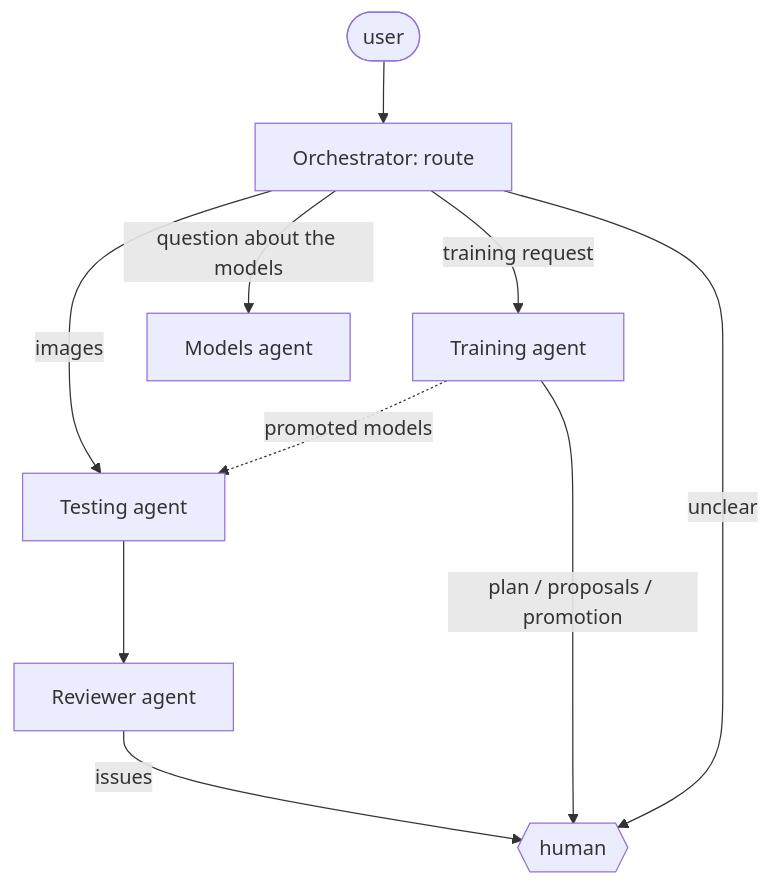
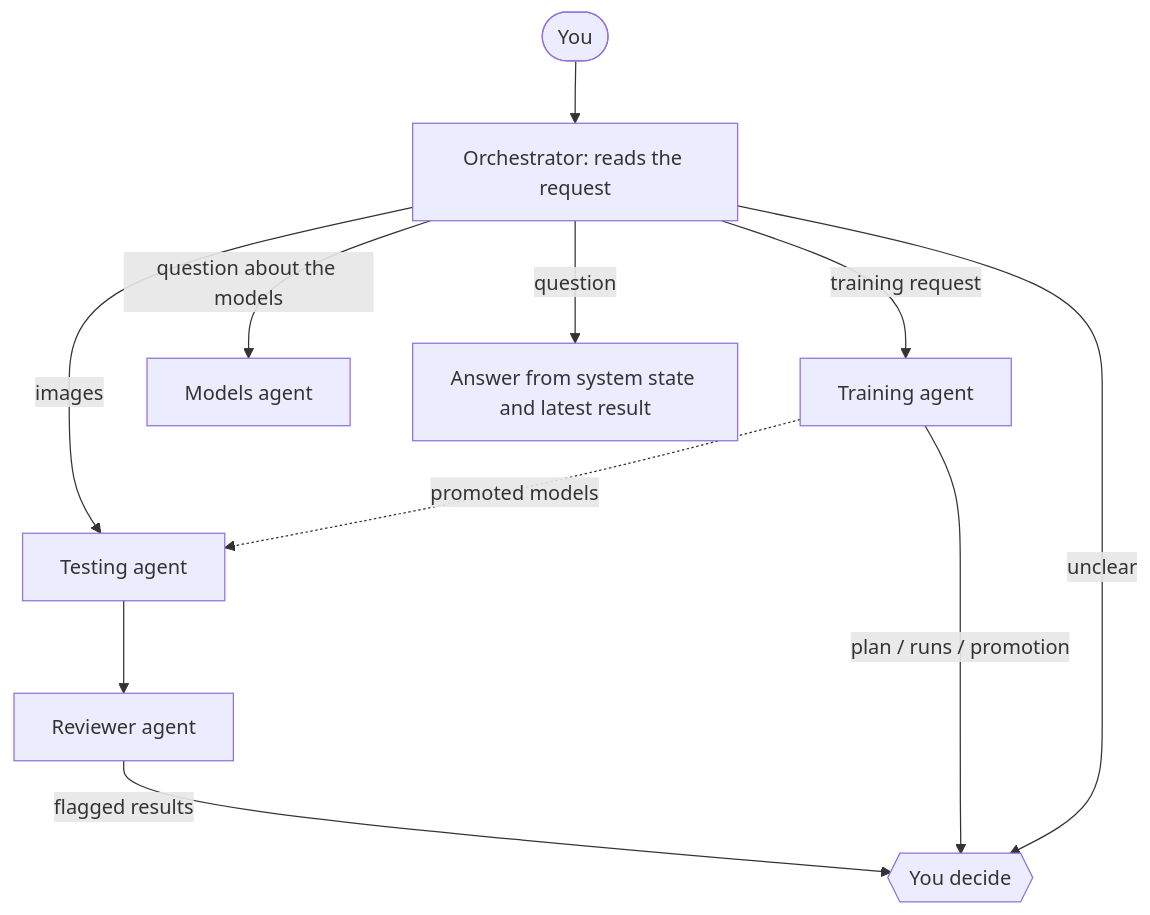
One commit to EmanueleDamiano/DermaMNIST-agentic_project changed the first of 2 diagrams in README.md. Above: the diagram before and after it, drawn with Mermaid. The commit also changed other lines of this file and 363 other files, not shown here.

````diff
--- a/README.md
+++ b/README.md
@@ -18,11 +57,12 @@
 ```mermaid
 graph TD
-  U([user]) --> O[Orchestrator: route]
+  U([You]) --> O[Orchestrator: reads the request]
   O -- images --> T[Testing agent] --> R[Reviewer agent]
-  R -- issues --> H{{human}}
+  R -- flagged results --> H{{You decide}}
   O -- training request --> TR[Training agent]
-  TR -- plan / proposals / promotion --> H
+  TR -- plan / runs / promotion --> H
   O -- question about the models --> M[Models agent]
+  O -- question --> A[Answer from system state and latest result]
   O -- unclear --> H
   TR -. promoted models .-> T
 ```
````
